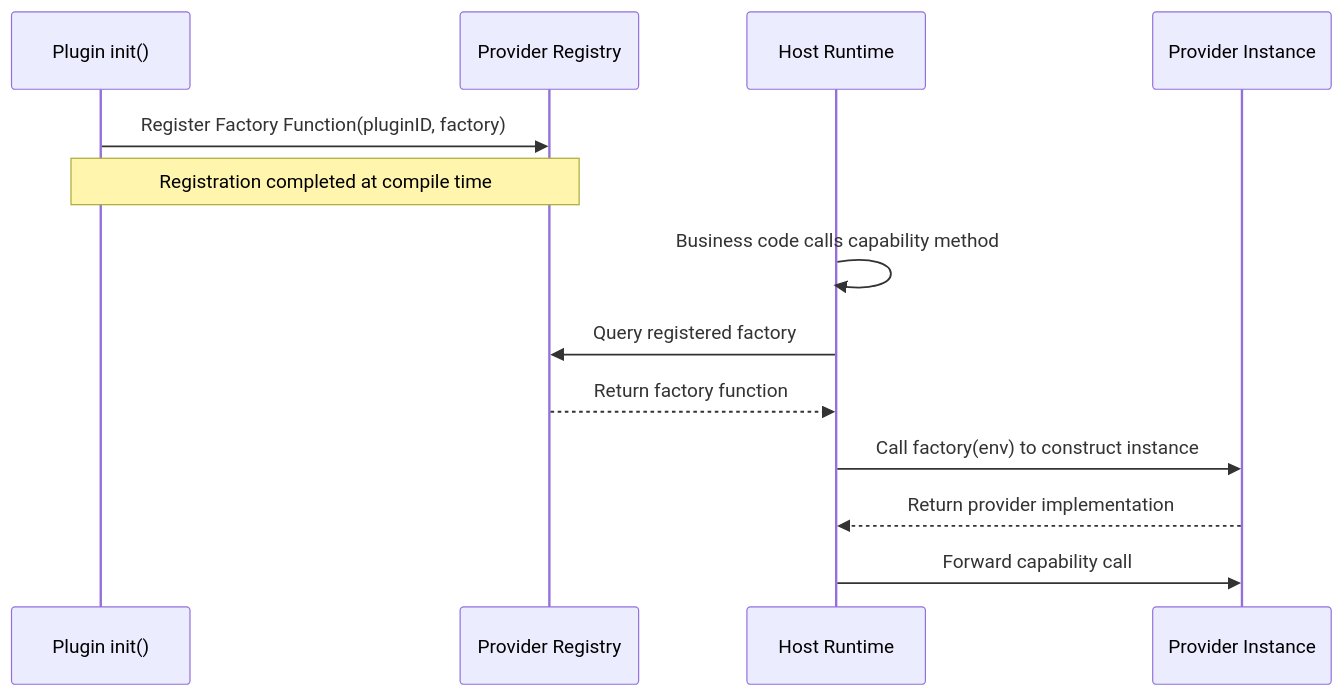
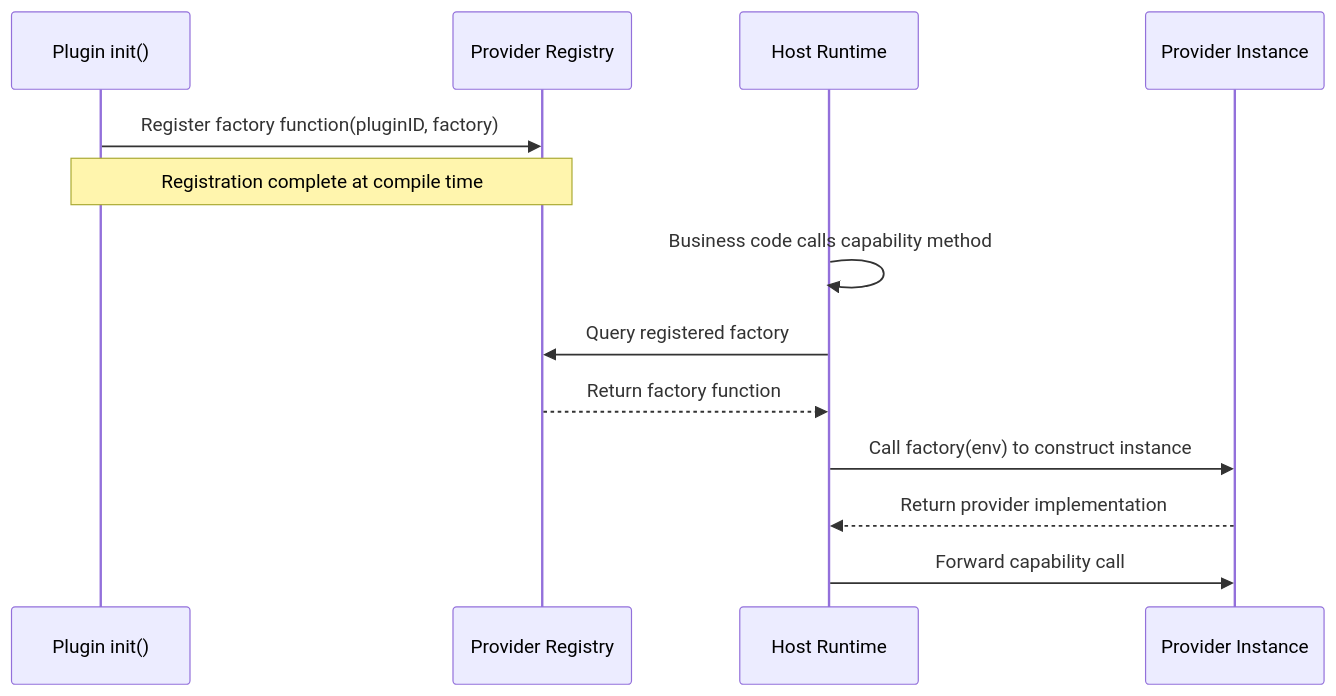
One commit to linaproai/linapro-site changed the third of 3 diagrams in apps/lina-site/i18n/en/docusaurus-plugin-content-docs/current/docs/3000-domain-capabilities/3000-domain-capabilities.md. Above: the diagram before and after it, drawn with Mermaid. The commit also changed other lines of this file and 56 other files, not shown here.

Commit message:
Refactor documentation for tenant and user capabilities; enhance clarity and consistency in descriptions, method names, and usage examples. Update overview and architecture sections for improved readability and coherence. Adjust demo instructions and project positioning for better user guidance.

````diff
--- a/apps/lina-site/i18n/en/docusaurus-plugin-content-docs/current/docs/3000-domain-capabilities/3000-domain-capabilities.md
+++ b/apps/lina-site/i18n/en/docusaurus-plugin-content-docs/current/docs/3000-domain-capabilities/3000-domain-capabilities.md
@@ -182,17 +182,17 @@
 ```mermaid
 sequenceDiagram
     participant Init as Plugin init()
     participant Registry as Provider Registry
     participant Host as Host Runtime
     participant Provider as Provider Instance
 
-    Init->>Registry: Register Factory Function(pluginID, factory)
-    Note over Init,Registry: Registration completed at compile time
+    Init->>Registry: Register factory function(pluginID, factory)
+    Note over Init,Registry: Registration complete at compile time
 
     Host->>Host: Business code calls capability method
     Host->>Registry: Query registered factory
     Registry-->>Host: Return factory function
     Host->>Provider: Call factory(env) to construct instance
     Provider-->>Host: Return provider implementation
     Host->>Provider: Forward capability call
 ```
````
